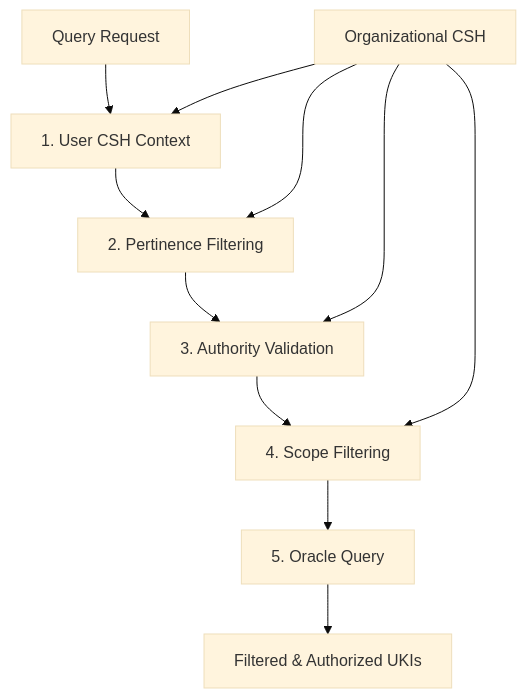
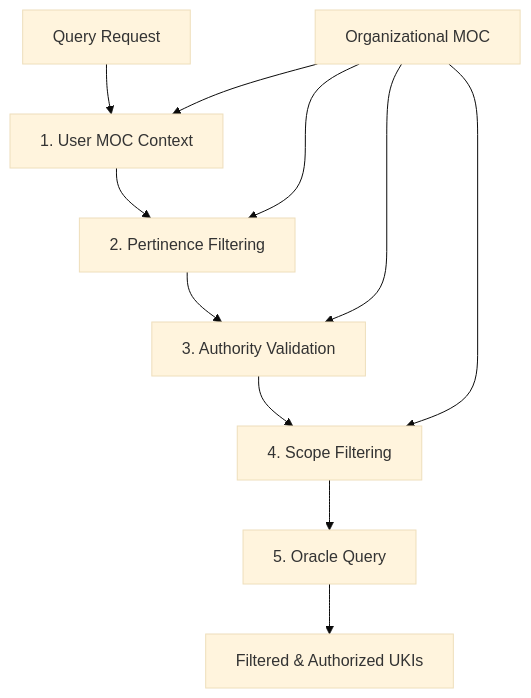
The sixth of 6 diagrams in MATRIX_PROTOCOL.md (netomantonio/matrix-protocol), drawn with Mermaid (base theme) before and after one commit. The commit also changed other lines of this file and 15 other files, not shown here.

````diff
--- a/MATRIX_PROTOCOL.md
+++ b/MATRIX_PROTOCOL.md
@@ -731,14 +731,14 @@
 ```mermaid
 flowchart TD
-    A[Query Request] --> B[1. User CSH Context]
+    A[Query Request] --> B[1. User MOC Context]
     B --> C[2. Pertinence Filtering]
     C --> D[3. Authority Validation]
     D --> E[4. Scope Filtering]
     E --> F[5. Oracle Query]
     F --> G[Filtered & Authorized UKIs]
     
-    H[Organizational CSH] --> B
+    H[Organizational MOC] --> B
     H --> C
     H --> D
     H --> E
 ```
````
